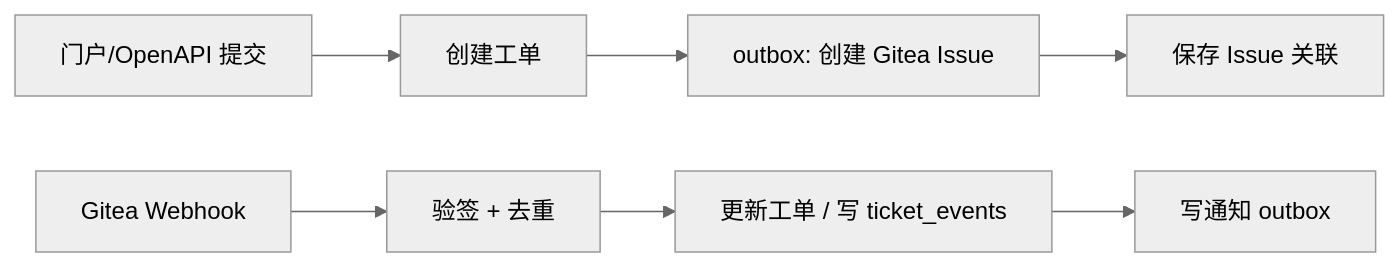
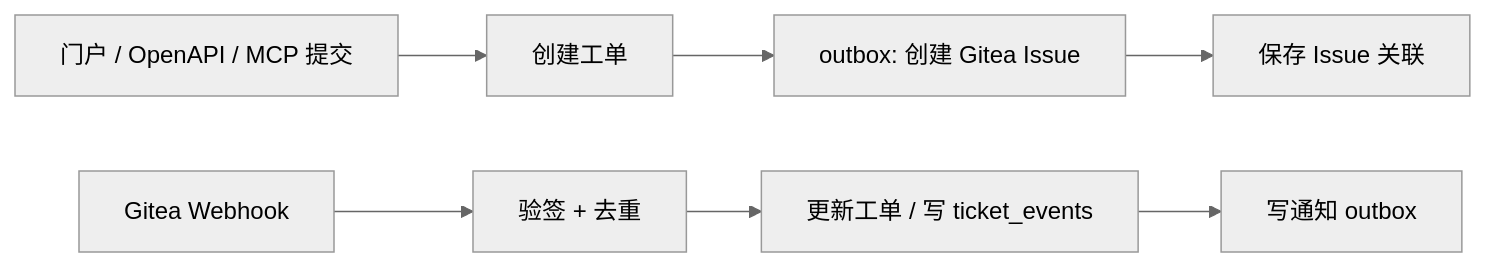
One commit to zhouhao4221/lingo changed the third of 3 diagrams in docs/requirements/PRD.md. Above: the diagram before and after it, drawn with Mermaid. The commit also changed other lines of this file and 14 other files, not shown here.

````diff
--- a/docs/requirements/PRD.md
+++ b/docs/requirements/PRD.md
@@ -154,10 +259,10 @@
 ```mermaid
 %%{init: {'theme':'neutral'}}%%
 flowchart LR
-  A[门户/OpenAPI 提交] --> B[创建工单]
+  A[门户 / OpenAPI / MCP 提交] --> B[创建工单]
   B --> C[outbox: 创建 Gitea Issue]
   C --> D[保存 Issue 关联]
   E[Gitea Webhook] --> F[验签 + 去重]
   F --> G[更新工单 / 写 ticket_events]
   G --> H[写通知 outbox]
 ```
````
